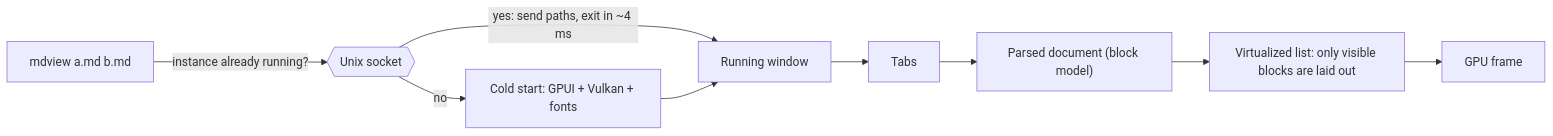
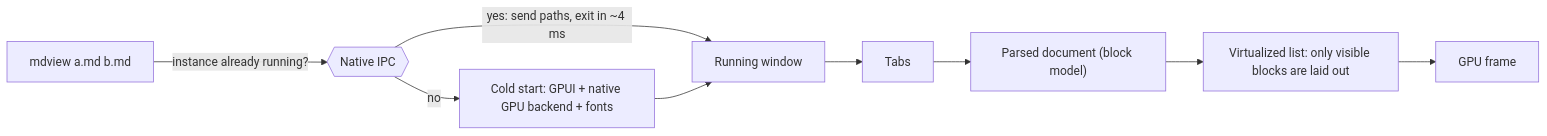
The diagram in docs/README.md (JorgeAgar/markdown-viewer-zed), drawn with Mermaid before and after one commit. The commit also changed other lines of this file and 18 other files, not shown here.

````diff
--- a/docs/README.md
+++ b/docs/README.md
@@ -43,11 +43,11 @@
 ```mermaid
 flowchart LR
-    CLI["mdview a.md b.md"] -->|instance already running?| SOCK{{"Unix socket"}}
+    CLI["mdview a.md b.md"] -->|instance already running?| SOCK{{"Native IPC"}}
     SOCK -->|yes: send paths, exit in ~4 ms| RUN["Running window"]
-    SOCK -->|no| BOOT["Cold start: GPUI + Vulkan + fonts"]
+    SOCK -->|no| BOOT["Cold start: GPUI + native GPU backend + fonts"]
     BOOT --> RUN
     RUN --> TABS["Tabs"]
     TABS --> DOC["Parsed document (block model)"]
     DOC --> LIST["Virtualized list: only visible blocks are laid out"]
     LIST --> GPU["GPU frame"]
 ```
````
